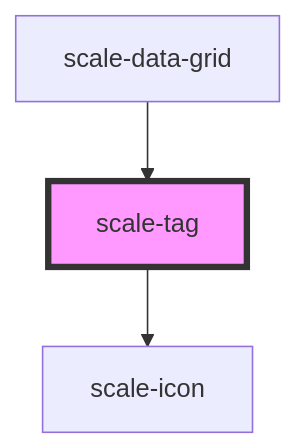
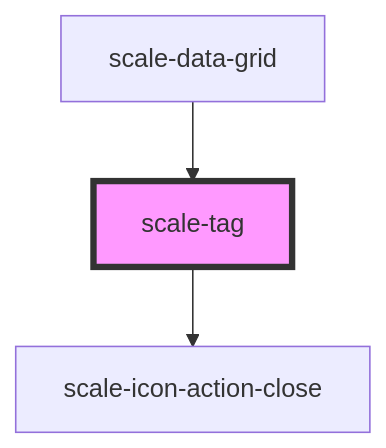
The diagram in packages/components/src/components/tag/readme.md (gaurishkamat/scale), drawn with Mermaid before and after one commit. The commit also changed other lines of this file and 10 other files, not shown here.

Commit message:
refactor(tag): update icon handling

````diff
--- a/packages/components/src/components/tag/readme.md
+++ b/packages/components/src/components/tag/readme.md
@@ -71,6 +71,6 @@
 ```mermaid
 graph TD;
-  scale-tag --> scale-icon
+  scale-tag --> scale-icon-action-close
   scale-data-grid --> scale-tag
   style scale-tag fill:#f9f,stroke:#333,stroke-width:4px
 ```
````
